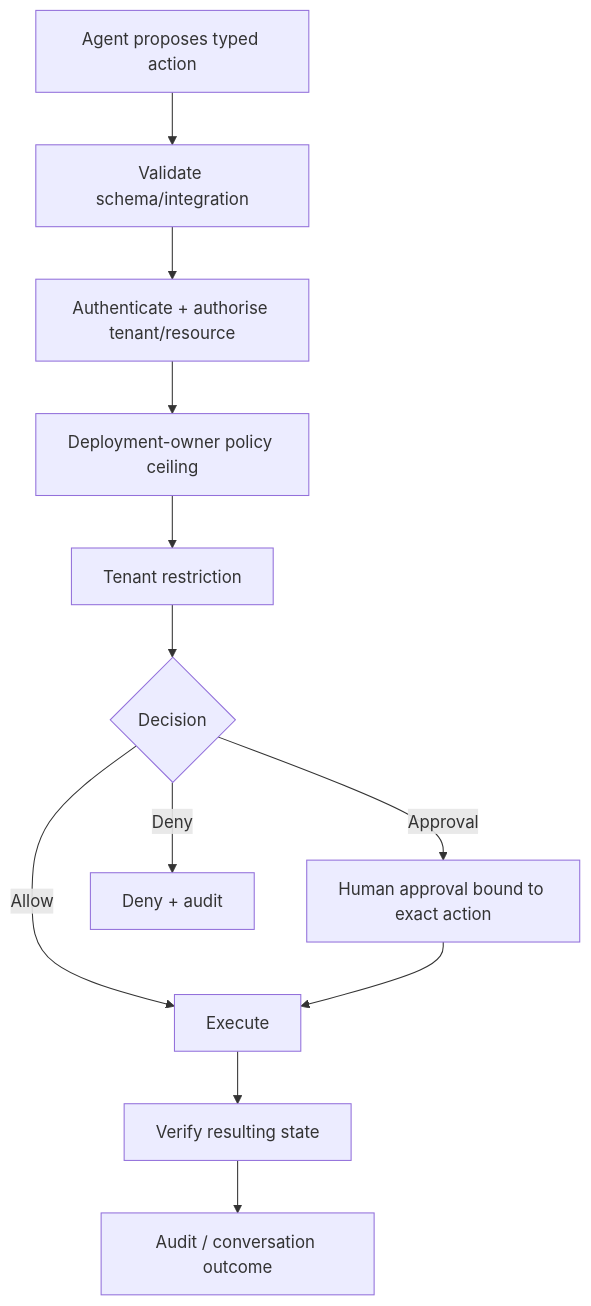
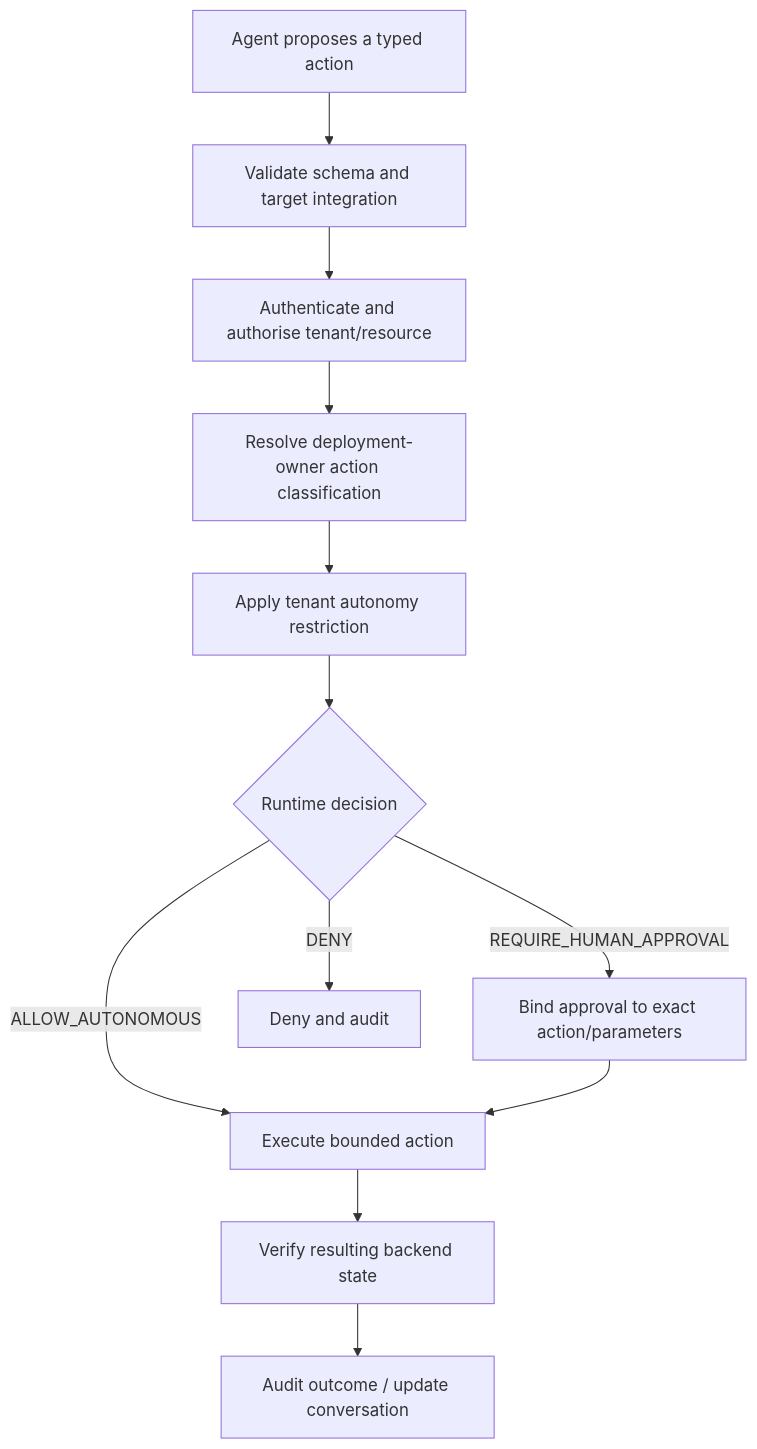
The diagram in docs/wiki-sync/AI-and-autonomous-operations.md (nathcymru/Tocyn), drawn with Mermaid before and after one commit. The commit also changed other lines of this file and 175 other files, not shown here.

````diff
--- a/docs/wiki-sync/AI-and-autonomous-operations.md
+++ b/docs/wiki-sync/AI-and-autonomous-operations.md
@@ -9,14 +19,14 @@
 ```mermaid
 flowchart TD
-    P[Agent proposes typed action] --> V[Validate schema/integration]
-    V --> A[Authenticate + authorise tenant/resource]
-    A --> O[Deployment-owner policy ceiling]
-    O --> T[Tenant restriction]
-    T --> D{Decision}
-    D -->|Allow| E[Execute]
-    D -->|Approval| H[Human approval bound to exact action]
+    P[Agent proposes a typed action] --> S[Validate schema and target integration]
+    S --> A[Authenticate and authorise tenant/resource]
+    A --> O[Resolve deployment-owner action classification]
+    O --> T[Apply tenant autonomy restriction]
+    T --> R{Runtime decision}
+    R -->|ALLOW_AUTONOMOUS| E[Execute bounded action]
+    R -->|REQUIRE_HUMAN_APPROVAL| H[Bind approval to exact action/parameters]
     H --> E
-    D -->|Deny| X[Deny + audit]
-    E --> R[Verify resulting state]
-    R --> L[Audit / conversation outcome]
+    R -->|DENY| D[Deny and audit]
+    E --> V[Verify resulting backend state]
+    V --> L[Audit outcome / update conversation]
 ```
````
